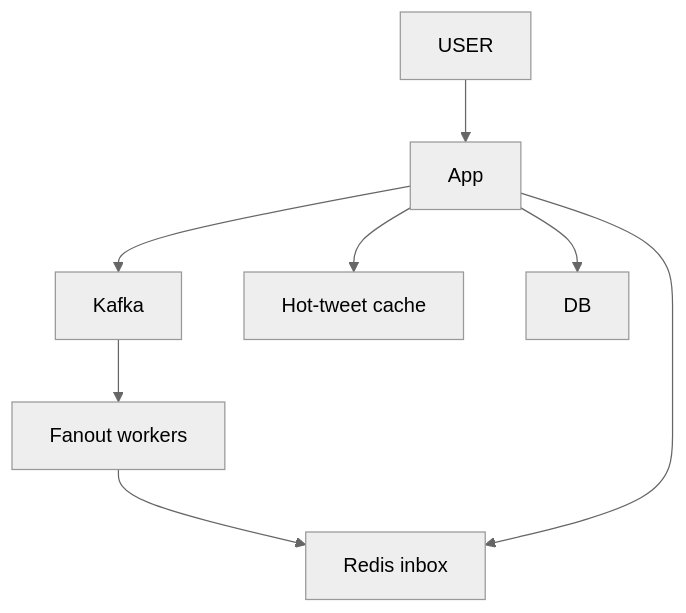
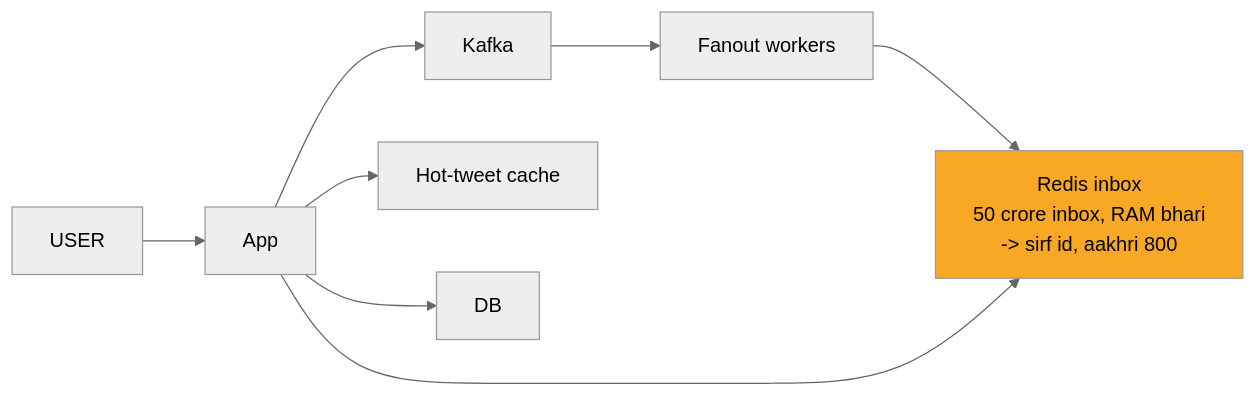
Before and after one commit to ArpanMaheshwari144/Prep: the sixth of 12 diagrams in 04_HLD/SYSTEM_DESIGNS/03_twitter_feed/03_twitter_feed.md, drawn with Mermaid (neutral theme). The commit also changed other lines of this file and 2 other files, not shown here.

Commit message:
url shortener, rate limiter, twitter: one-day story, short cards, follow-ups with rules, highlighted diagrams

````diff
--- a/04_HLD/SYSTEM_DESIGNS/03_twitter_feed/03_twitter_feed.md
+++ b/04_HLD/SYSTEM_DESIGNS/03_twitter_feed/03_twitter_feed.md
@@ -233,17 +240,18 @@
 ```mermaid
-flowchart TD
+flowchart LR
     n_USER["USER"]
     n_App["App"]
     n_Kafka["Kafka"]
     n_Fanout_workers["Fanout workers"]
-    n_Redis_inbox["Redis inbox"]
+    n_Redis_inbox["Redis inbox<br/>50 crore inbox, RAM bhari<br/>-> sirf id, aakhri 800"]
     n_Hot_tweet_cache["Hot-tweet cache"]
     n_DB["DB"]
     n_USER --> n_App
     n_App --> n_Kafka
     n_App --> n_Hot_tweet_cache
     n_App --> n_DB
     n_Kafka --> n_Fanout_workers
     n_Fanout_workers --> n_Redis_inbox
     n_App --> n_Redis_inbox
+    style n_Redis_inbox fill:#f9a825,color:#000
 ```
````
